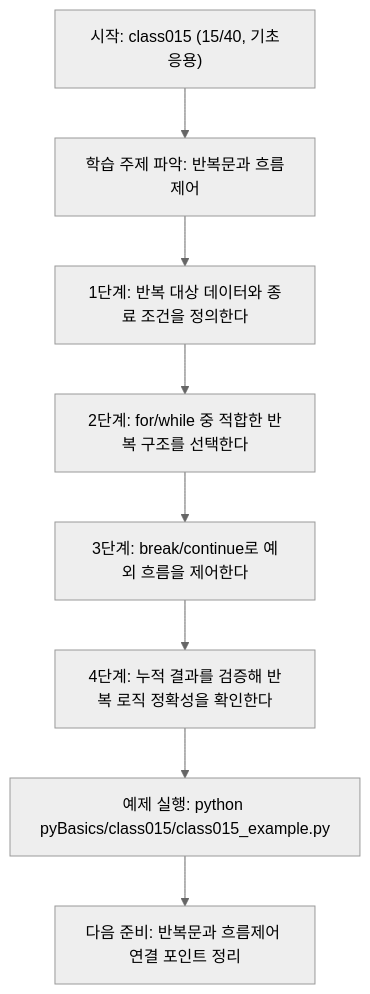
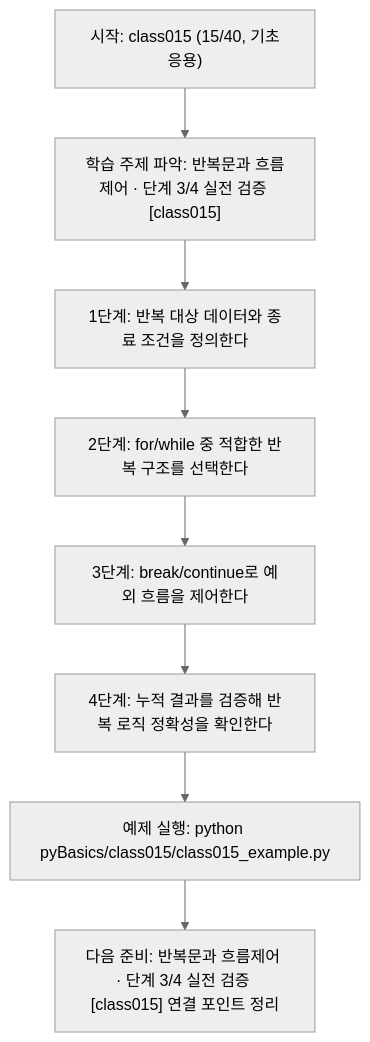
Before and after one commit to edumgt/Python-AI_Agent-Class: the diagram in pyBasics/class015/class015.md, drawn with Mermaid (neutral theme). The commit also changed other lines of this file and 522 other files, not shown here.

````diff
--- a/pyBasics/class015/class015.md
+++ b/pyBasics/class015/class015.md
@@ -108,18 +109,18 @@
 ```mermaid
 flowchart TD
 N1["시작: class015 (15/40, 기초응용)"]
-N2["학습 주제 파악: 반복문과 흐름제어"]
+N2["학습 주제 파악: 반복문과 흐름제어 · 단계 3/4 실전 검증 [class015]"]
 N3["1단계: 반복 대상 데이터와 종료 조건을 정의한다"]
 N4["2단계: for/while 중 적합한 반복 구조를 선택한다"]
 N5["3단계: break/continue로 예외 흐름을 제어한다"]
 N6["4단계: 누적 결과를 검증해 반복 로직 정확성을 확인한다"]
 N7["예제 실행: python pyBasics/class015/class015_example.py"]
-N8["다음 준비: 반복문과 흐름제어 연결 포인트 정리"]
+N8["다음 준비: 반복문과 흐름제어 · 단계 3/4 실전 검증 [class015] 연결 포인트 정리"]
 N1 --> N2
 N2 --> N3
 N3 --> N4
 N4 --> N5
 N5 --> N6
 N6 --> N7
 N7 --> N8
 ```
````
